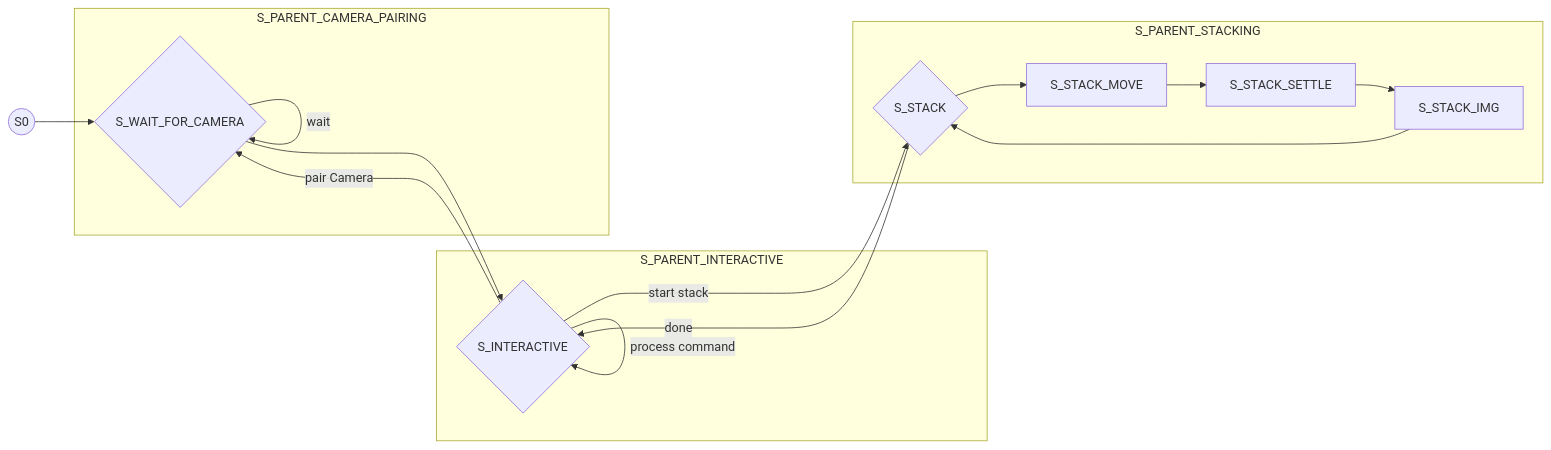
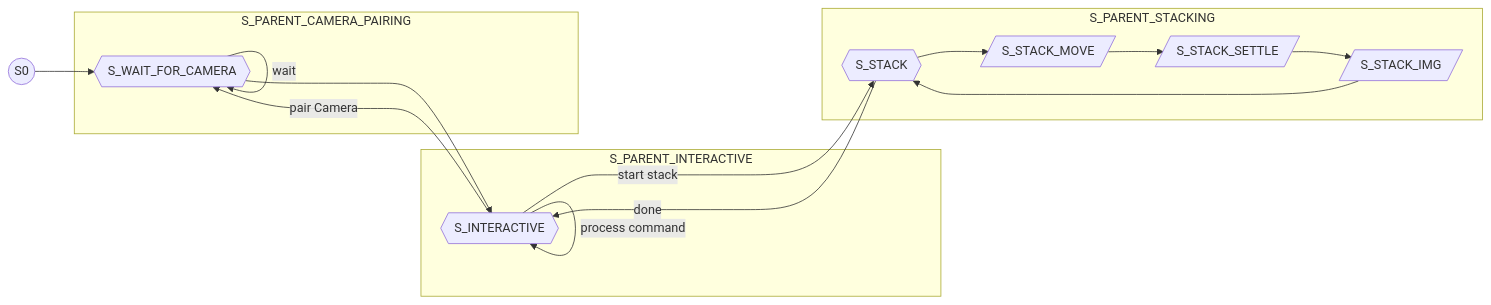
The diagram in app/mermaid.StateMachine.mmd (maxhbr/zephyr-rail), drawn with Mermaid before and after one commit. The commit also changed 1 other file, not shown here.

```diff
--- a/app/mermaid.StateMachine.mmd
+++ b/app/mermaid.StateMachine.mmd
@@ -1,30 +1,31 @@
 flowchart LR;
     S0((S0));
 
     subgraph S_PARENT_INTERACTIVE
-      S_INTERACTIVE{S_INTERACTIVE}
+      S_INTERACTIVE{{S_INTERACTIVE}}
     end
 
     subgraph S_PARENT_CAMERA_PAIRING
-      S_WAIT_FOR_CAMERA{S_WAIT_FOR_CAMERA};
+      S_WAIT_FOR_CAMERA{{S_WAIT_FOR_CAMERA}}
     end
     
     subgraph S_PARENT_STACKING;
-      S_STACK{S_STACK}
-      S_STACK_MOVE;
-      S_STACK_SETTLE;
-      S_STACK_IMG;
+      S_STACK{{S_STACK}}
+    
+      S_STACK_MOVE[/S_STACK_MOVE/]
+      S_STACK_SETTLE[/S_STACK_SETTLE/]
+      S_STACK_IMG[/S_STACK_IMG/]
     end
 
     S0 --> S_WAIT_FOR_CAMERA;
     S_WAIT_FOR_CAMERA --> S_INTERACTIVE;
     S_WAIT_FOR_CAMERA -->|wait| S_WAIT_FOR_CAMERA;
     S_INTERACTIVE --->|pair Camera| S_WAIT_FOR_CAMERA;
     
     S_INTERACTIVE -->|process command| S_INTERACTIVE;
     S_INTERACTIVE -->|start stack| S_STACK;
     S_STACK --->|done| S_INTERACTIVE;
     S_STACK_MOVE --> S_STACK_SETTLE;
     S_STACK_SETTLE --> S_STACK_IMG;
     S_STACK_IMG --> S_STACK;
     S_STACK --> S_STACK_MOVE;
```
